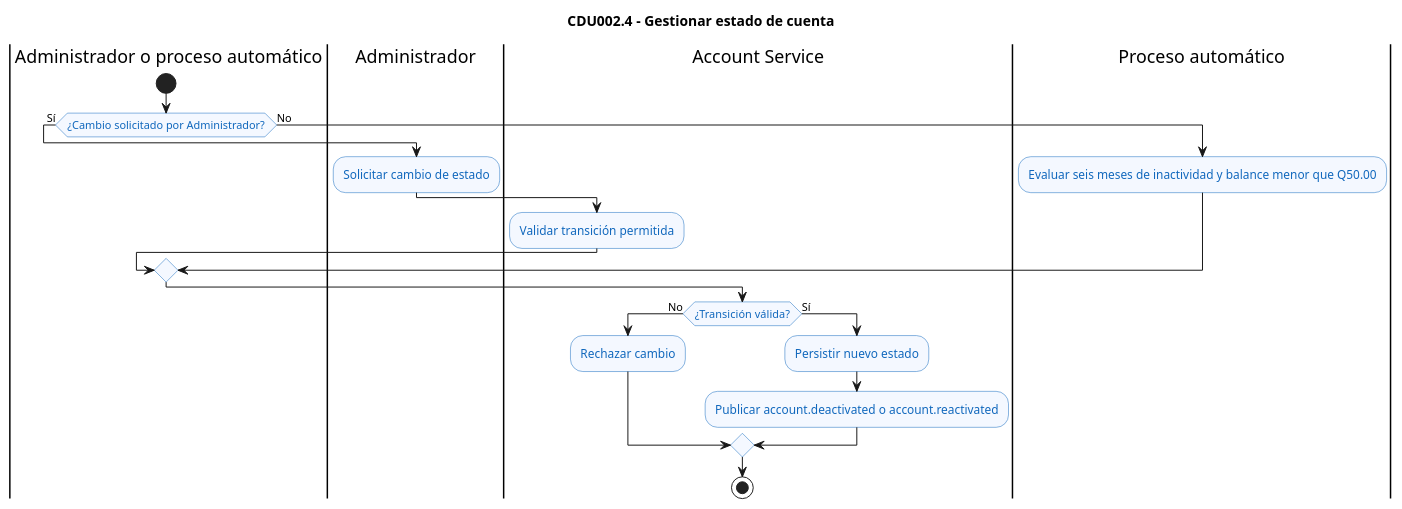
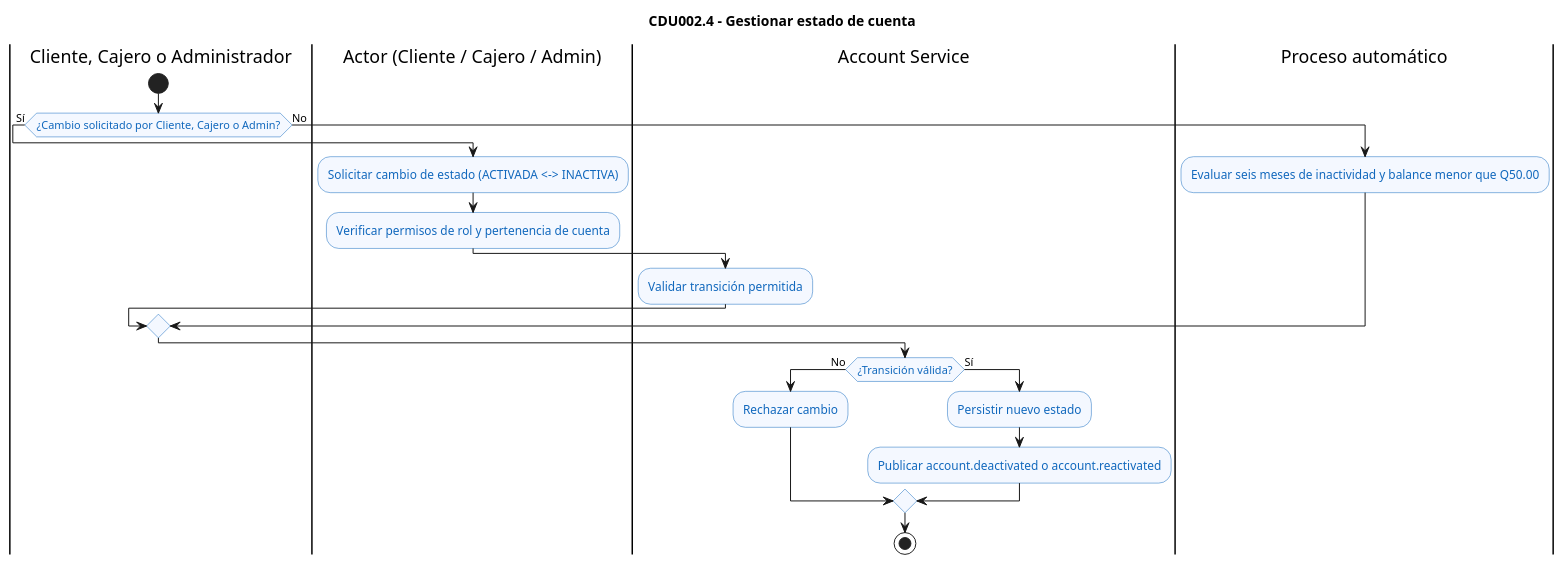
One commit to marcosbondel/Proyecto-SA-B-2 changed the diagram in docs/architecture/diagrams/cdu/account/flujos/CDU002.4-gestionar-estado.puml. Above: the diagram before and after it, drawn with PlantUML. The commit also changed 11 other files, not shown here.

Commit message:
docs: add architecture documentation, deployment guides, and UML diagrams

```diff
--- a/docs/architecture/diagrams/cdu/account/flujos/CDU002.4-gestionar-estado.puml
+++ b/docs/architecture/diagrams/cdu/account/flujos/CDU002.4-gestionar-estado.puml
@@ -1,30 +1,31 @@
 @startuml CDU002.4-gestionar-estado
 title CDU002.4 - Gestionar estado de cuenta
 
 skinparam shadowing false
 skinparam activity {
     BackgroundColor #F4F8FF
     BorderColor #1168BD
     FontColor #1168BD
 }
 
-|Administrador o proceso automático|
+|Cliente, Cajero o Administrador|
 start
-if (¿Cambio solicitado por Administrador?) then (Sí)
-    |Administrador|
-    :Solicitar cambio de estado;
+if (¿Cambio solicitado por Cliente, Cajero o Admin?) then (Sí)
+    |Actor (Cliente / Cajero / Admin)|
+    :Solicitar cambio de estado (ACTIVADA <-> INACTIVA);
+    :Verificar permisos de rol y pertenencia de cuenta;
     |Account Service|
     :Validar transición permitida;
 else (No)
     |Proceso automático|
     :Evaluar seis meses de inactividad y balance menor que Q50.00;
     |Account Service|
 endif
 if (¿Transición válida?) then (No)
     :Rechazar cambio;
 else (Sí)
     :Persistir nuevo estado;
     :Publicar account.deactivated o account.reactivated;
 endif
 stop
 @enduml
```
